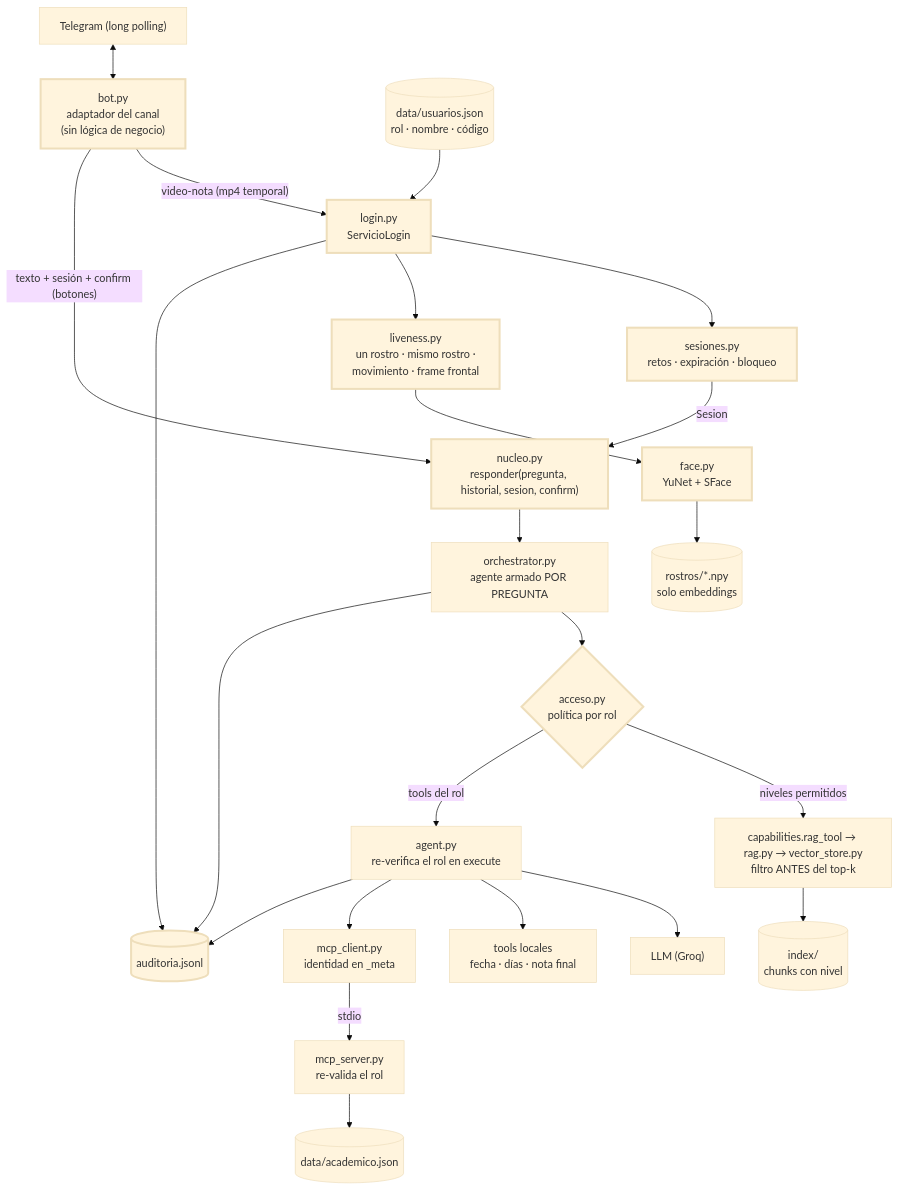
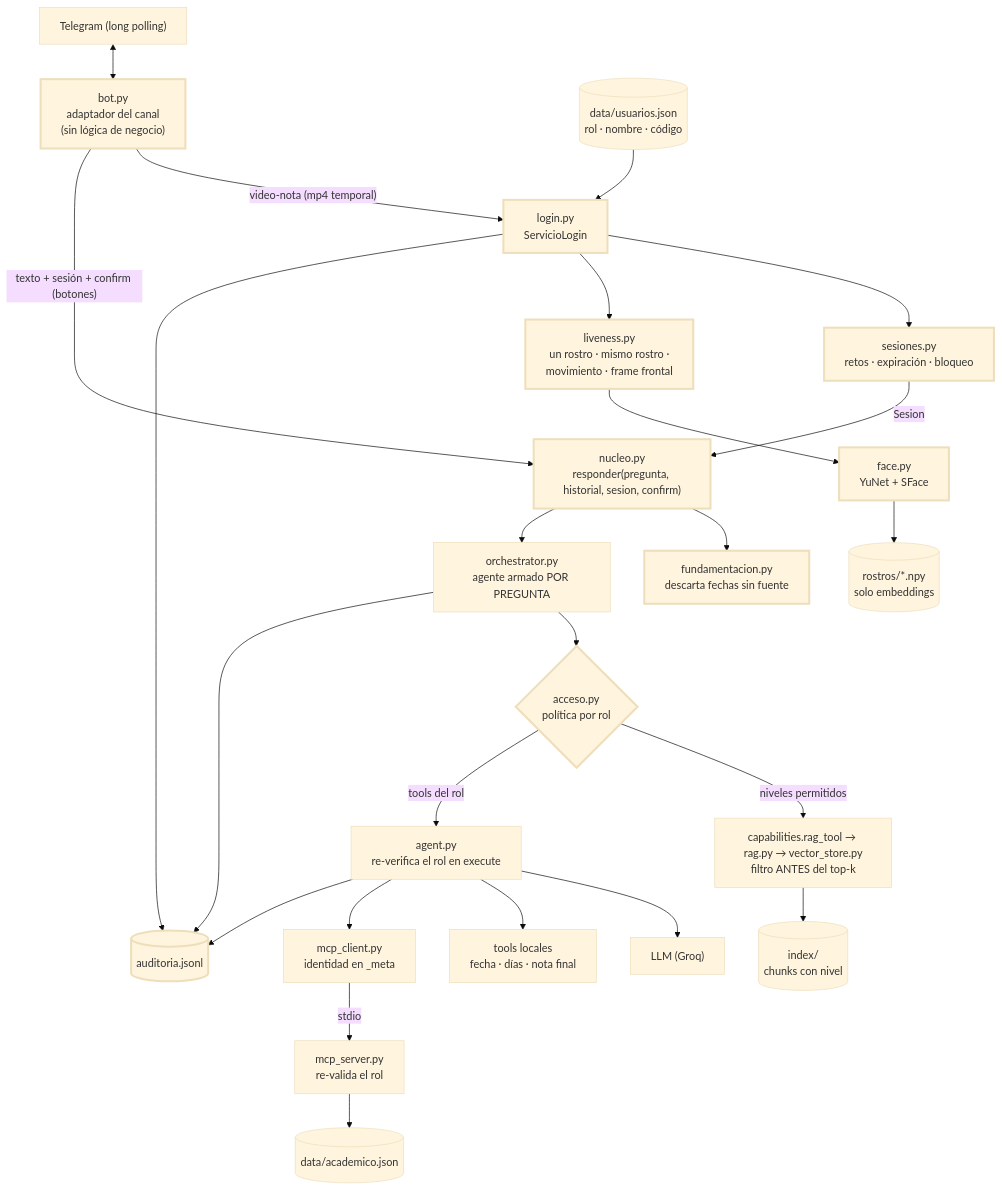
The first of 2 diagrams in labs/05-examen-final/docs/INFORME_EXAMEN_FINAL.md (Moonsalve/ai-systems-lab-examen-final), drawn with Mermaid (base theme) before and after one commit. The commit also changed other lines of this file and 11 other files, not shown here.

````diff
--- a/labs/05-examen-final/docs/INFORME_EXAMEN_FINAL.md
+++ b/labs/05-examen-final/docs/INFORME_EXAMEN_FINAL.md
@@ -32,30 +32,31 @@
 ```mermaid
 flowchart TD
     TG["Telegram (long polling)"] <--> BOT["bot.py<br/>adaptador del canal<br/>(sin lógica de negocio)"]
 
     BOT -- "video-nota (mp4 temporal)" --> LOGIN["login.py<br/>ServicioLogin"]
     LOGIN --> SES["sesiones.py<br/>retos · expiración · bloqueo"]
     LOGIN --> LIV["liveness.py<br/>un rostro · mismo rostro ·<br/>movimiento · frame frontal"]
     LIV --> FACE["face.py<br/>YuNet + SFace"]
     FACE --> ROS[("rostros/*.npy<br/>solo embeddings")]
     USU[("data/usuarios.json<br/>rol · nombre · código")] --> LOGIN
     LOGIN --> AUD[("auditoria.jsonl")]
 
     BOT -- "texto + sesión + confirm (botones)" --> NUC["nucleo.py<br/>responder(pregunta, historial, sesion, confirm)"]
     SES -- "Sesion" --> NUC
+    NUC --> FUND["fundamentacion.py<br/>descarta fechas sin fuente"]
     NUC --> ORQ["orchestrator.py<br/>agente armado POR PREGUNTA"]
     ORQ --> ACC{"acceso.py<br/>política por rol"}
     ACC -- "niveles permitidos" --> RAG["capabilities.rag_tool → rag.py → vector_store.py<br/>filtro ANTES del top-k"]
     ACC -- "tools del rol" --> AG["agent.py<br/>re-verifica el rol en execute"]
     RAG --> IDX[("index/<br/>chunks con nivel")]
     AG --> LLM["LLM (Groq)"]
     AG --> LOC["tools locales<br/>fecha · días · nota final"]
     AG --> MCPC["mcp_client.py<br/>identidad en _meta"]
     MCPC -- "stdio" --> MCPS["mcp_server.py<br/>re-valida el rol"]
     MCPS --> ACAD[("data/academico.json")]
     AG --> AUD
     ORQ --> AUD
 
     classDef nuevo stroke-width:3px;
-    class BOT,LOGIN,SES,LIV,FACE,NUC,ACC,AUD nuevo;
+    class BOT,LOGIN,SES,LIV,FACE,NUC,FUND,ACC,AUD nuevo;
 ```
````
